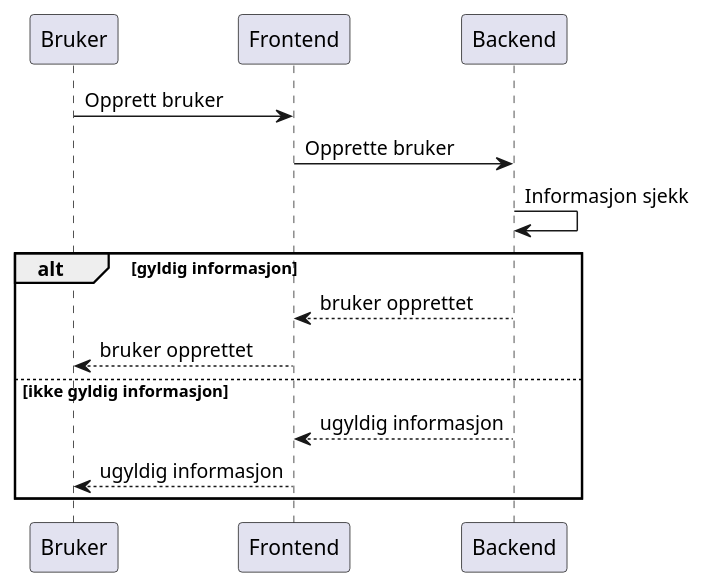
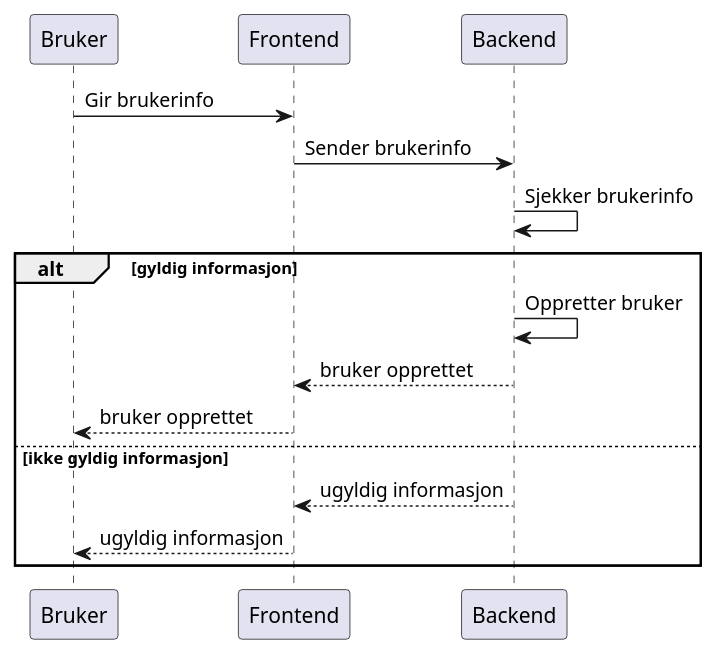
One commit to GossipDolphin/software_prosjekt_18 changed the diagram in diagrammer/sekvensdiagrammer/opprette_bruker.puml. Above: the diagram before and after it, drawn with PlantUML.

Commit message:
Opprettet og skrev use case for "arrangement".

```diff
--- a/diagrammer/sekvensdiagrammer/opprette_bruker.puml
+++ b/diagrammer/sekvensdiagrammer/opprette_bruker.puml
@@ -1,14 +1,17 @@
 @startuml
-Bruker -> Frontend: Opprett bruker
-Frontend -> Backend: Opprette bruker
-Backend -> Backend: Informasjon sjekk
+
+
+Bruker -> Frontend: Gir brukerinfo
+Frontend -> Backend: Sender brukerinfo
+Backend -> Backend: Sjekker brukerinfo
 
 alt gyldig informasjon
+ Backend -> Backend: Oppretter bruker
  Backend --> Frontend: bruker opprettet
  Frontend --> Bruker: bruker opprettet
 else  ikke gyldig informasjon
  Backend --> Frontend: ugyldig informasjon
  Frontend --> Bruker: ugyldig informasjon
 end
 
 @enduml
```
